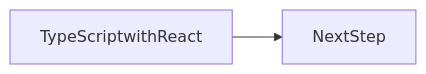
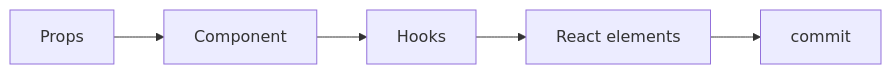
One commit to OmidJavaherii/Frontend-Engineering-Handbook changed the second of 2 diagrams in docs/en/07-typescript/typescript-with-react/index.md. Above: the diagram before and after it, drawn with Mermaid. The commit also changed other lines of this file and 461 other files, not shown here.

````diff
--- a/docs/en/07-typescript/typescript-with-react/index.md
+++ b/docs/en/07-typescript/typescript-with-react/index.md
@@ -96,4 +131,7 @@
 ```mermaid
 flowchart LR
-  concept[TypeScriptwithReact] --> nextStep[NextStep]
+  Props --> Component
+  Component --> Hooks
+  Hooks --> Elements[React elements]
+  Elements --> DOM[commit]
 ```
````
